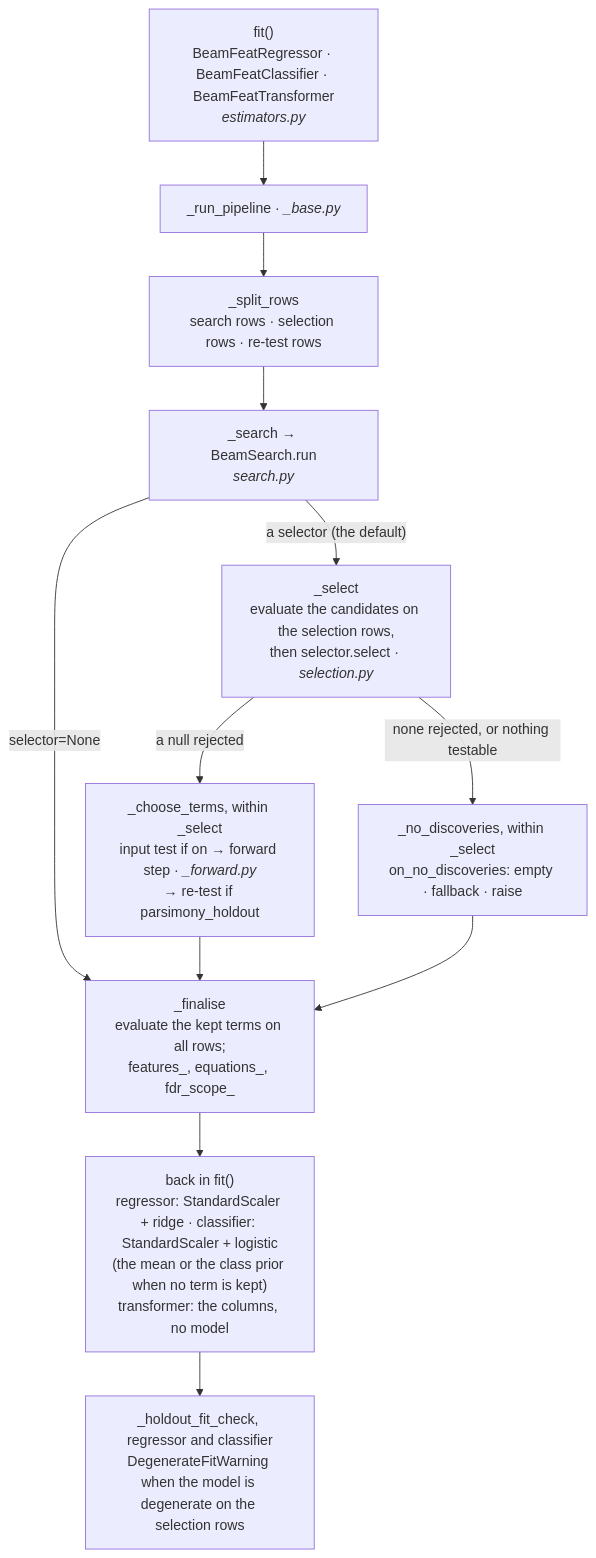
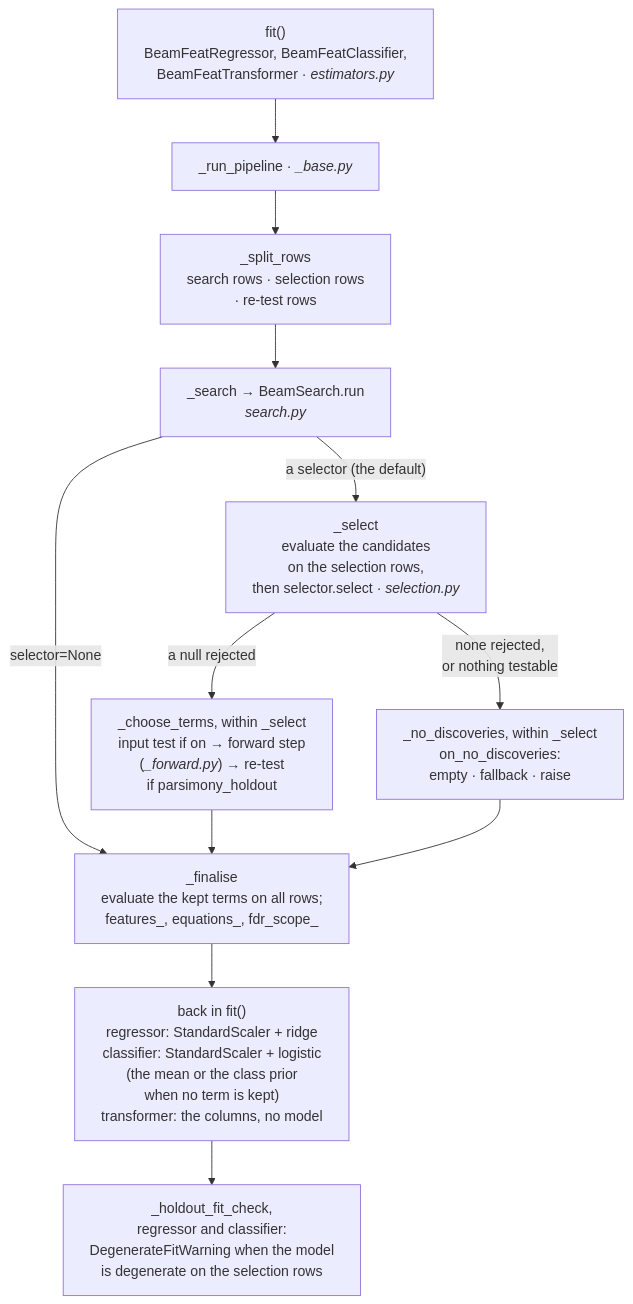
Before and after one commit to LD-Shell/beamfeat: the first of 3 diagrams in ARCHITECTURE.md, drawn with Mermaid. The commit also changed other lines of this file, not shown here.

Commit message:
ARCHITECTURE.md: diagram labels fit their boxes on GitHub

````diff
--- a/ARCHITECTURE.md
+++ b/ARCHITECTURE.md
@@ -13,15 +13,20 @@
 ```mermaid
+---
+config:
+  flowchart:
+    wrappingWidth: 600
+---
 flowchart TD
-    fit["fit()<br/>BeamFeatRegressor · BeamFeatClassifier · BeamFeatTransformer<br/><i>estimators.py</i>"]
+    fit["fit()<br/>BeamFeatRegressor, BeamFeatClassifier,<br/>BeamFeatTransformer · <i>estimators.py</i>"]
     fit --> pipe["_run_pipeline · <i>_base.py</i>"]
-    pipe --> rows["_split_rows<br/>search rows · selection rows · re-test rows"]
+    pipe --> rows["_split_rows<br/>search rows · selection rows<br/>· re-test rows"]
     rows --> search["_search → BeamSearch.run<br/><i>search.py</i>"]
-    search -->|"a selector (the default)"| screen["_select<br/>evaluate the candidates on the selection rows,<br/>then selector.select · <i>selection.py</i>"]
+    search -->|"a selector (the default)"| screen["_select<br/>evaluate the candidates<br/>on the selection rows,<br/>then selector.select · <i>selection.py</i>"]
     search -->|"selector=None"| finish
-    screen -->|"a null rejected"| choose["_choose_terms, within _select<br/>input test if on → forward step · <i>_forward.py</i><br/>→ re-test if parsimony_holdout"]
-    screen -->|"none rejected, or nothing testable"| nodisc["_no_discoveries, within _select<br/>on_no_discoveries: empty · fallback · raise"]
+    screen -->|"a null rejected"| choose["_choose_terms, within _select<br/>input test if on → forward step<br/>(<i>_forward.py</i>) → re-test<br/>if parsimony_holdout"]
+    screen -->|"none rejected,<br/>or nothing testable"| nodisc["_no_discoveries, within _select<br/>on_no_discoveries:<br/>empty · fallback · raise"]
     choose --> finish["_finalise<br/>evaluate the kept terms on all rows;<br/>features_, equations_, fdr_scope_"]
     nodisc --> finish
-    finish --> model["back in fit()<br/>regressor: StandardScaler + ridge · classifier: StandardScaler + logistic<br/>(the mean or the class prior when no term is kept)<br/>transformer: the columns, no model"]
-    model --> check["_holdout_fit_check, regressor and classifier<br/>DegenerateFitWarning when the model is degenerate on the selection rows"]
+    finish --> model["back in fit()<br/>regressor: StandardScaler + ridge<br/>classifier: StandardScaler + logistic<br/>(the mean or the class prior<br/>when no term is kept)<br/>transformer: the columns, no model"]
+    model --> check["_holdout_fit_check,<br/>regressor and classifier:<br/>DegenerateFitWarning when the model<br/>is degenerate on the selection rows"]
 ```
````
